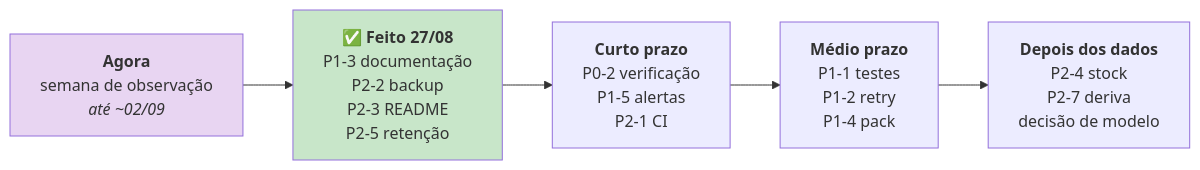
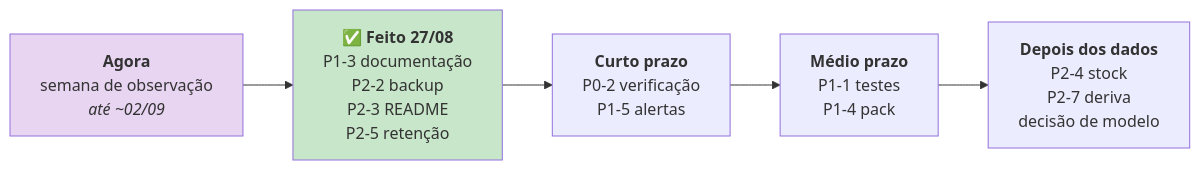
The third of 3 diagrams in docs/07-roadmap/improvements.md (joaocarvalhini/Outlook-Reply-Assistant), drawn with Mermaid before and after one commit. The commit also changed other lines of this file and 8 other files, not shown here.

````diff
--- a/docs/07-roadmap/improvements.md
+++ b/docs/07-roadmap/improvements.md
@@ -184,10 +178,10 @@
 ```mermaid
 flowchart LR
     A["<b>Agora</b><br/>semana de observação<br/><i>até ~02/09</i>"] --> B["<b>✅ Feito 27/08</b><br/>P1-3 documentação<br/>P2-2 backup<br/>P2-3 README<br/>P2-5 retenção"]
-    B --> C["<b>Curto prazo</b><br/>P0-2 verificação<br/>P1-5 alertas<br/>P2-1 CI"]
-    C --> D["<b>Médio prazo</b><br/>P1-1 testes<br/>P1-2 retry<br/>P1-4 pack"]
+    B --> C["<b>Curto prazo</b><br/>P0-2 verificação<br/>P1-5 alertas"]
+    C --> D["<b>Médio prazo</b><br/>P1-1 testes<br/>P1-4 pack"]
     D --> E["<b>Depois dos dados</b><br/>P2-4 stock<br/>P2-7 deriva<br/>decisão de modelo"]
 
     style A fill:#e8d5f2
     style B fill:#c8e6c9
 ```
````
